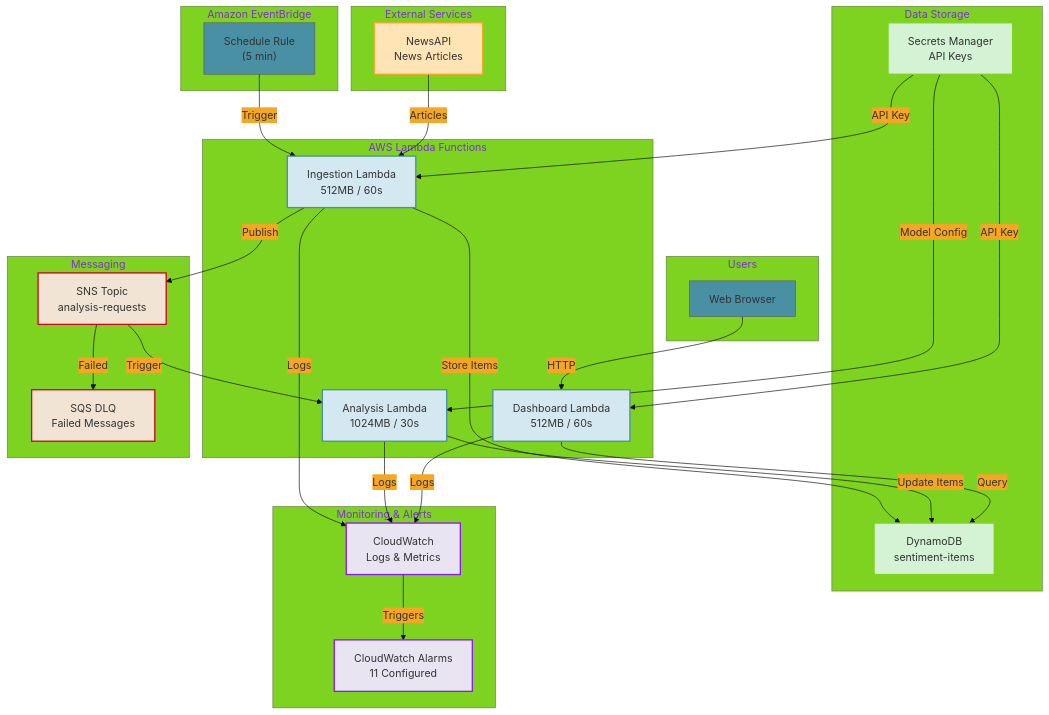
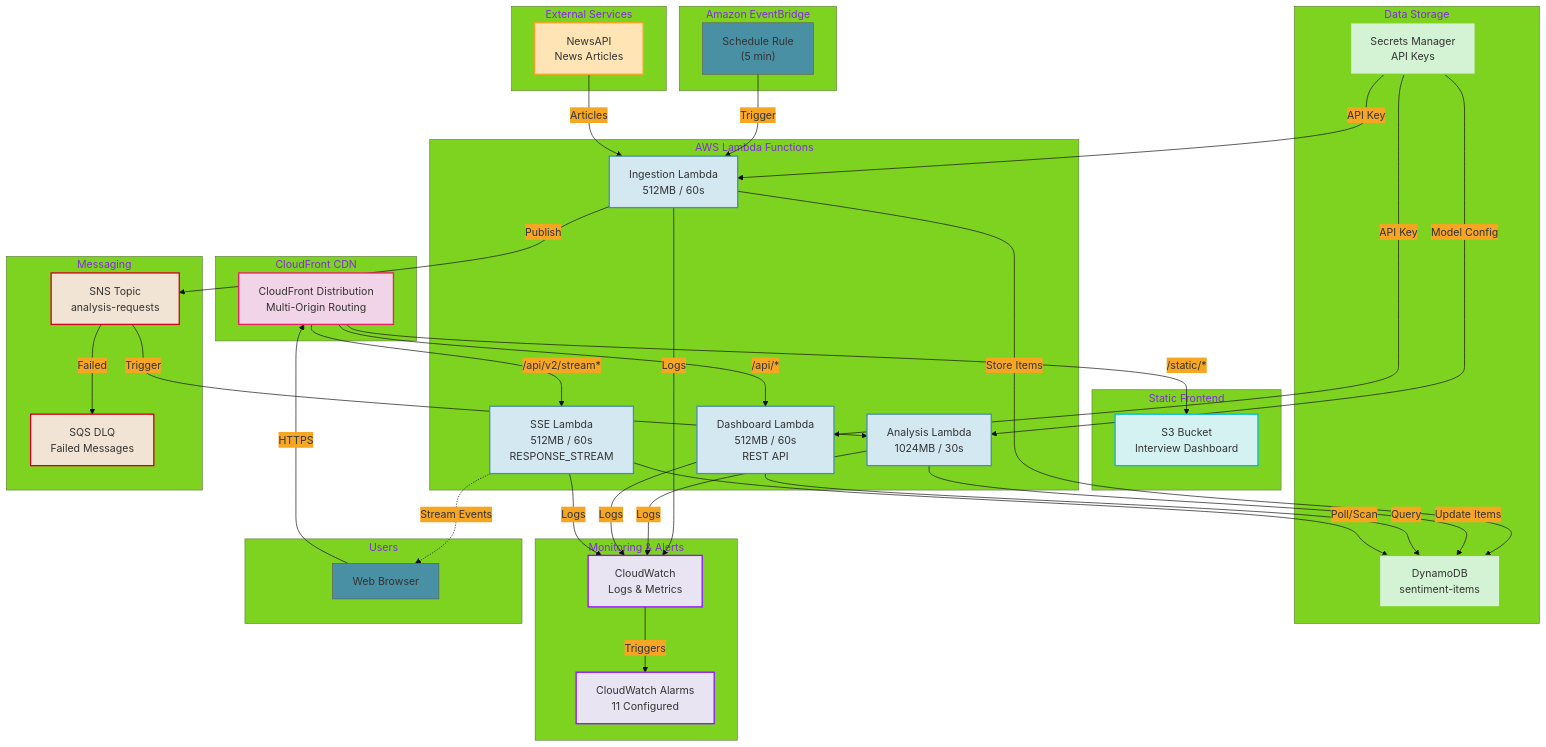
Before and after one commit to traylorre/sentiment-analyzer-gsk: the diagram in docs/architecture.mmd, drawn with Mermaid. The commit also changed 10 other files, not shown here.

```diff
--- a/docs/architecture.mmd
+++ b/docs/architecture.mmd
@@ -1,69 +1,94 @@
 %%{init: {'theme': 'base', 'themeVariables': { 'primaryColor': '#4A90A4', 'secondaryColor': '#F5A623', 'tertiaryColor': '#7ED321'}}}%%
 flowchart TB
     subgraph External["External Services"]
         NewsAPI["NewsAPI<br/>News Articles"]
     end
 
     subgraph EventBridge["Amazon EventBridge"]
         Schedule["Schedule Rule<br/>(5 min)"]
     end
 
+    subgraph CDN["CloudFront CDN"]
+        CF["CloudFront Distribution<br/>Multi-Origin Routing"]
+    end
+
+    subgraph Frontend["Static Frontend"]
+        S3["S3 Bucket<br/>Interview Dashboard"]
+    end
+
     subgraph Lambda["AWS Lambda Functions"]
         Ingestion["Ingestion Lambda<br/>512MB / 60s"]
         Analysis["Analysis Lambda<br/>1024MB / 30s"]
-        Dashboard["Dashboard Lambda<br/>512MB / 60s"]
+        Dashboard["Dashboard Lambda<br/>512MB / 60s<br/>REST API"]
+        SSE["SSE Lambda<br/>512MB / 60s<br/>RESPONSE_STREAM"]
     end
 
     subgraph Storage["Data Storage"]
         DynamoDB["DynamoDB<br/>sentiment-items"]
         Secrets["Secrets Manager<br/>API Keys"]
     end
 
     subgraph Messaging["Messaging"]
         SNS["SNS Topic<br/>analysis-requests"]
         DLQ["SQS DLQ<br/>Failed Messages"]
     end
 
     subgraph Monitoring["Monitoring & Alerts"]
         CloudWatch["CloudWatch<br/>Logs & Metrics"]
         Alarms["CloudWatch Alarms<br/>11 Configured"]
     end
 
     subgraph Users["Users"]
         Browser["Web Browser"]
     end
 
-    %% Data Flow
+    %% User Request Flow (via CloudFront)
+    Browser -->|HTTPS| CF
+    CF -->|"/static/*"| S3
+    CF -->|"/api/*"| Dashboard
+    CF -->|"/api/v2/stream*"| SSE
+
+    %% Data Ingestion Flow
     Schedule -->|Trigger| Ingestion
     NewsAPI -->|Articles| Ingestion
     Secrets -->|API Key| Ingestion
     Ingestion -->|Store Items| DynamoDB
     Ingestion -->|Publish| SNS
 
+    %% Analysis Flow
     SNS -->|Trigger| Analysis
     SNS -->|Failed| DLQ
     Analysis -->|Update Items| DynamoDB
     Secrets -->|Model Config| Analysis
 
-    Browser -->|HTTP| Dashboard
+    %% API Flow
     Dashboard -->|Query| DynamoDB
     Secrets -->|API Key| Dashboard
+
+    %% SSE Streaming Flow
+    SSE -->|Poll/Scan| DynamoDB
+    SSE -.->|Stream Events| Browser
 
     %% Monitoring
     Ingestion -->|Logs| CloudWatch
     Analysis -->|Logs| CloudWatch
     Dashboard -->|Logs| CloudWatch
+    SSE -->|Logs| CloudWatch
     CloudWatch -->|Triggers| Alarms
 
     %% Styling
     classDef external fill:#FFE4B5,stroke:#F5A623,stroke-width:2px
     classDef lambda fill:#D4E8F2,stroke:#4A90A4,stroke-width:2px
     classDef storage fill:#D4F2D4,stroke:#7ED321,stroke-width:2px
     classDef messaging fill:#F2E4D4,stroke:#D0021B,stroke-width:2px
     classDef monitoring fill:#E8E4F2,stroke:#9013FE,stroke-width:2px
+    classDef cdn fill:#F2D4E8,stroke:#E91E63,stroke-width:2px
+    classDef frontend fill:#D4F2F2,stroke:#00BCD4,stroke-width:2px
 
     class NewsAPI external
-    class Ingestion,Analysis,Dashboard lambda
+    class Ingestion,Analysis,Dashboard,SSE lambda
     class DynamoDB,Secrets storage
     class SNS,DLQ messaging
     class CloudWatch,Alarms monitoring
+    class CF cdn
+    class S3 frontend
```
